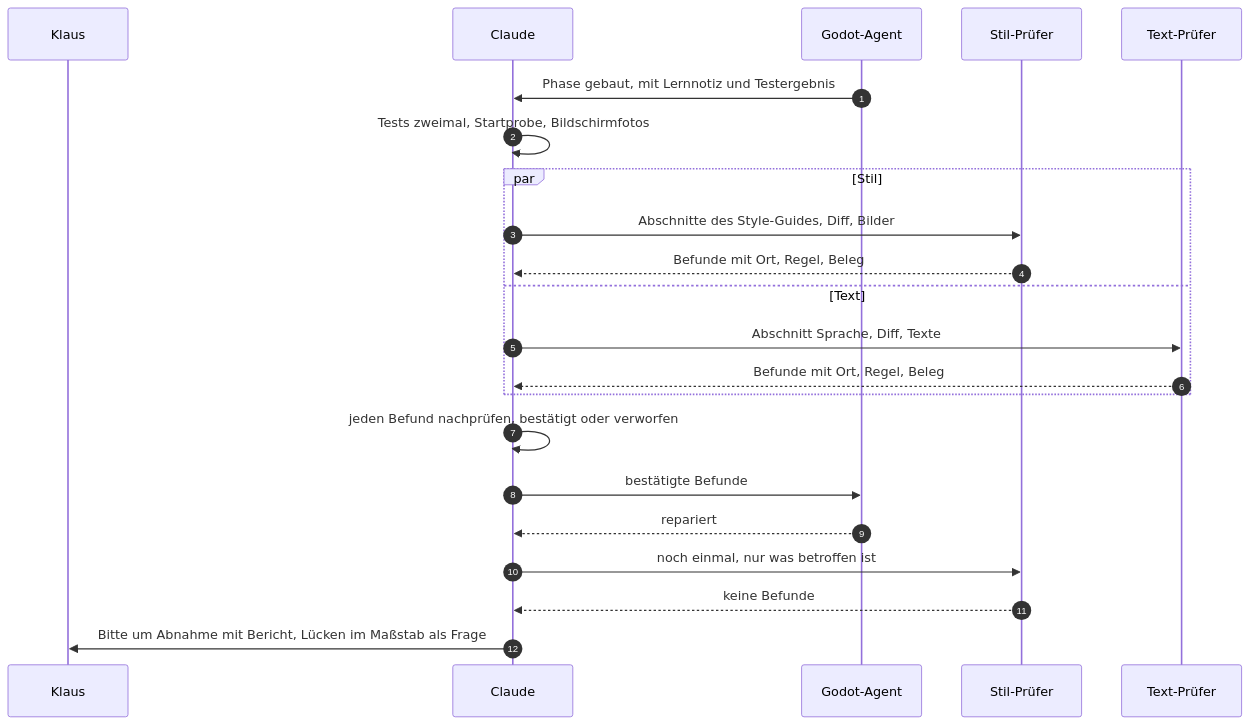
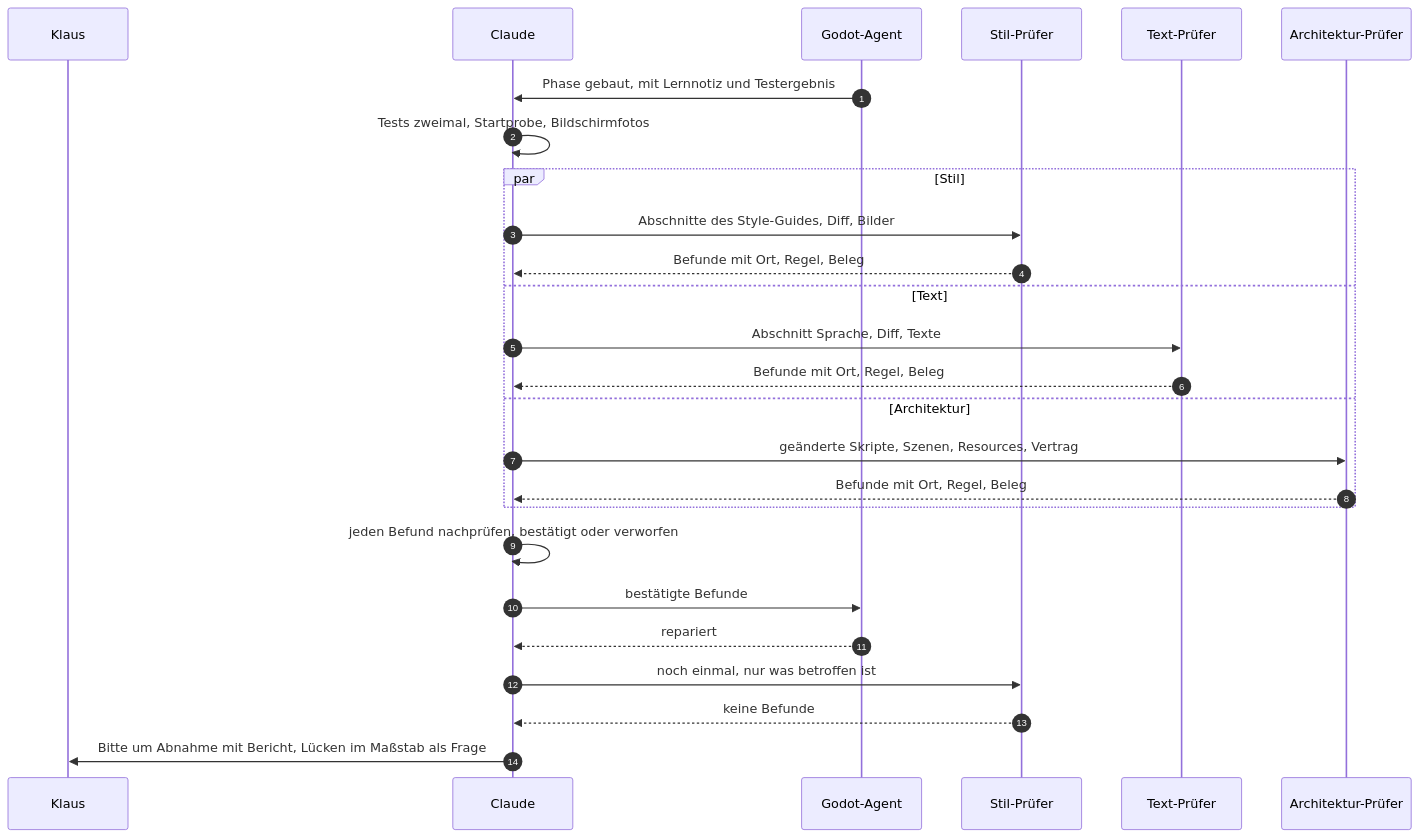
The second of 3 diagrams in docs/ki_workflow/ki_pruefung.md (klausmoster/DerComputerladen), drawn with Mermaid before and after one commit. The commit also changed other lines of this file and 21 other files, not shown here.

````diff
--- a/docs/ki_workflow/ki_pruefung.md
+++ b/docs/ki_workflow/ki_pruefung.md
@@ -128,24 +138,28 @@
 ```mermaid
 sequenceDiagram
     autonumber
     participant K as Klaus
     participant C as Claude
     participant A as Godot-Agent
     participant S as Stil-Prüfer
     participant X as Text-Prüfer
+    participant R as Architektur-Prüfer
     A->>C: Phase gebaut, mit Lernnotiz und Testergebnis
     C->>C: Tests zweimal, Startprobe, Bildschirmfotos
     par Stil
         C->>S: Abschnitte des Style-Guides, Diff, Bilder
         S-->>C: Befunde mit Ort, Regel, Beleg
     and Text
         C->>X: Abschnitt Sprache, Diff, Texte
         X-->>C: Befunde mit Ort, Regel, Beleg
+    and Architektur
+        C->>R: geänderte Skripte, Szenen, Resources, Vertrag
+        R-->>C: Befunde mit Ort, Regel, Beleg
     end
     C->>C: jeden Befund nachprüfen, bestätigt oder verworfen
     C->>A: bestätigte Befunde
     A-->>C: repariert
     C->>S: noch einmal, nur was betroffen ist
     S-->>C: keine Befunde
     C->>K: Bitte um Abnahme mit Bericht, Lücken im Maßstab als Frage
 ```
````
